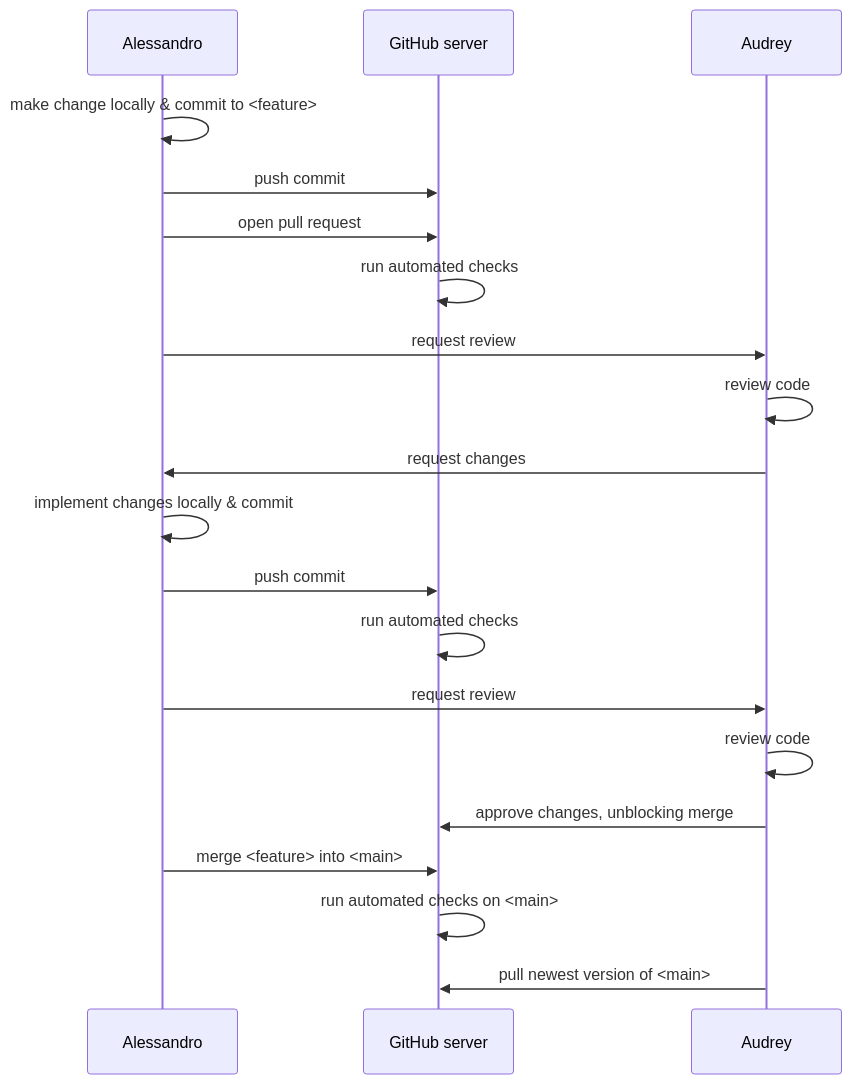
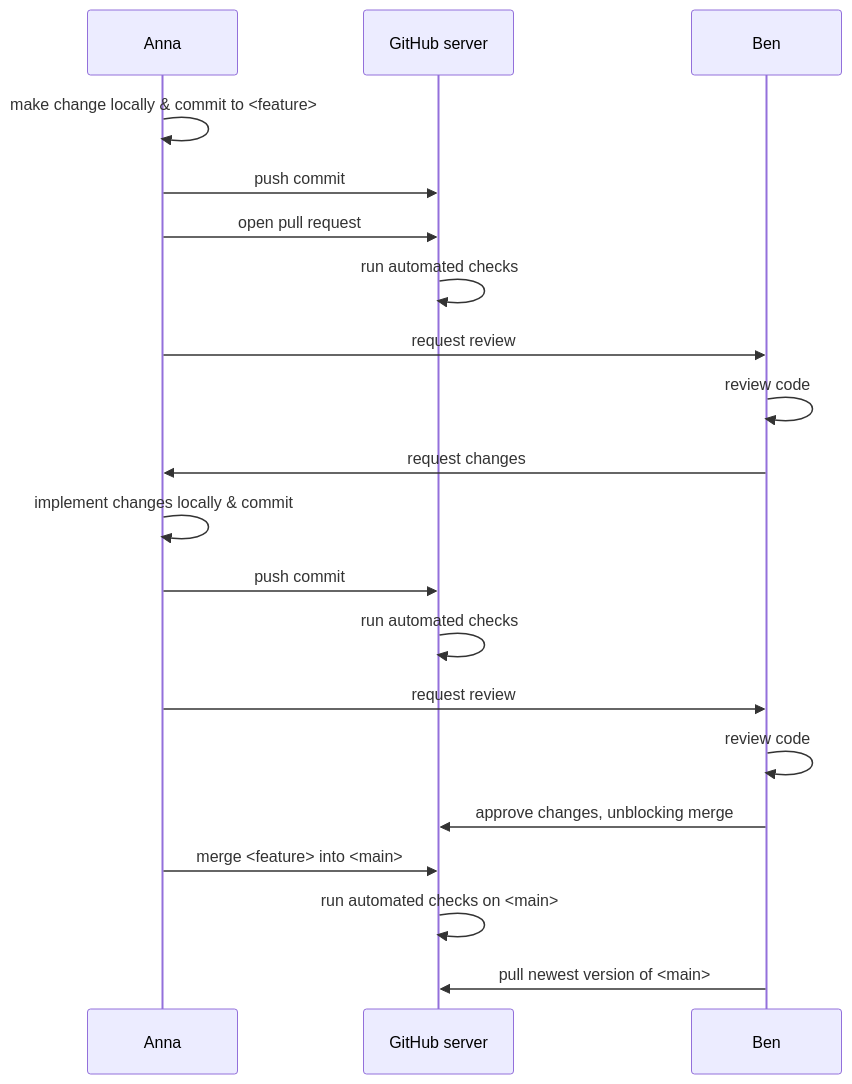
One commit to openstatsware/shortcourse-seoul2026 changed the sixth of 6 diagrams in slides/04_collaboration.qmd. Above: the diagram before and after it, drawn with Mermaid. The commit also changed other lines of this file and 5 other files, not shown here.

````diff
--- a/slides/04_collaboration.qmd
+++ b/slides/04_collaboration.qmd
@@ -354,22 +354,22 @@
 ```{mermaid}
 sequenceDiagram
-    participant A as Alessandro
+    participant A as Anna
     participant GH as GitHub server
-    participant B as Audrey
+    participant B as Ben
     A->>A: make change locally & commit to <feature>
     A->>GH: push commit
     A->>GH: open pull request
     GH->>GH: run automated checks
     A->>B: request review
     B->>B: review code
     B->>A: request changes
     A->>A: implement changes locally & commit
     A->>GH: push commit
     GH->>GH: run automated checks
     A->>B: request review
     B->>B: review code
     B->>GH: approve changes, unblocking merge
     A->>GH: merge <feature> into <main>
     GH->>GH: run automated checks on <main>
     B->>GH: pull newest version of <main>
 ```
````
